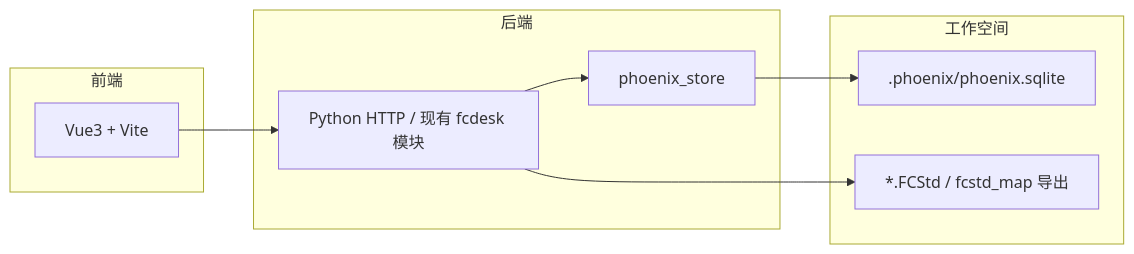
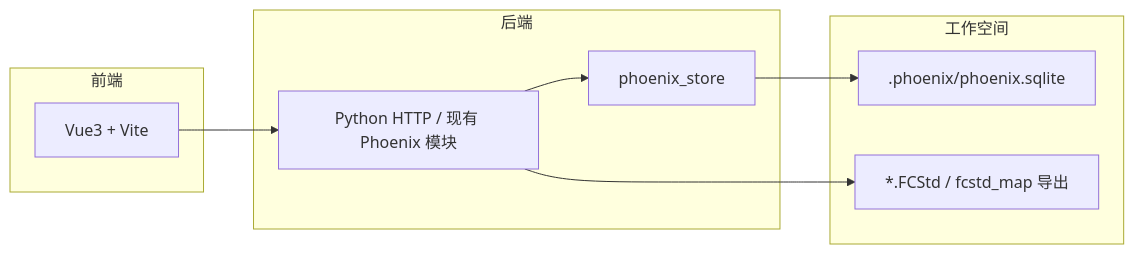
One commit to phoenixwing-org/phoenix-desk-tools changed the diagram in doc/Phoenix工作空间存储-规划讨论.md. Above: the diagram before and after it, drawn with Mermaid. The commit also changed other lines of this file and 281 other files, not shown here.

````diff
--- a/doc/Phoenix工作空间存储-规划讨论.md
+++ b/doc/Phoenix工作空间存储-规划讨论.md
@@ -112,18 +112,18 @@
 ```mermaid
 flowchart LR
   subgraph client [前端]
     Vue[Vue3 + Vite]
   end
   subgraph server [后端]
-    API[Python HTTP / 现有 fcdesk 模块]
+    API[Python HTTP / 现有 Phoenix 模块]
     Store[phoenix_store]
   end
   subgraph ws [工作空间]
     DB[".phoenix/phoenix.sqlite"]
     CAD["*.FCStd / fcstd_map 导出"]
   end
   Vue --> API
   API --> Store
   Store --> DB
   API --> CAD
 ```
````
